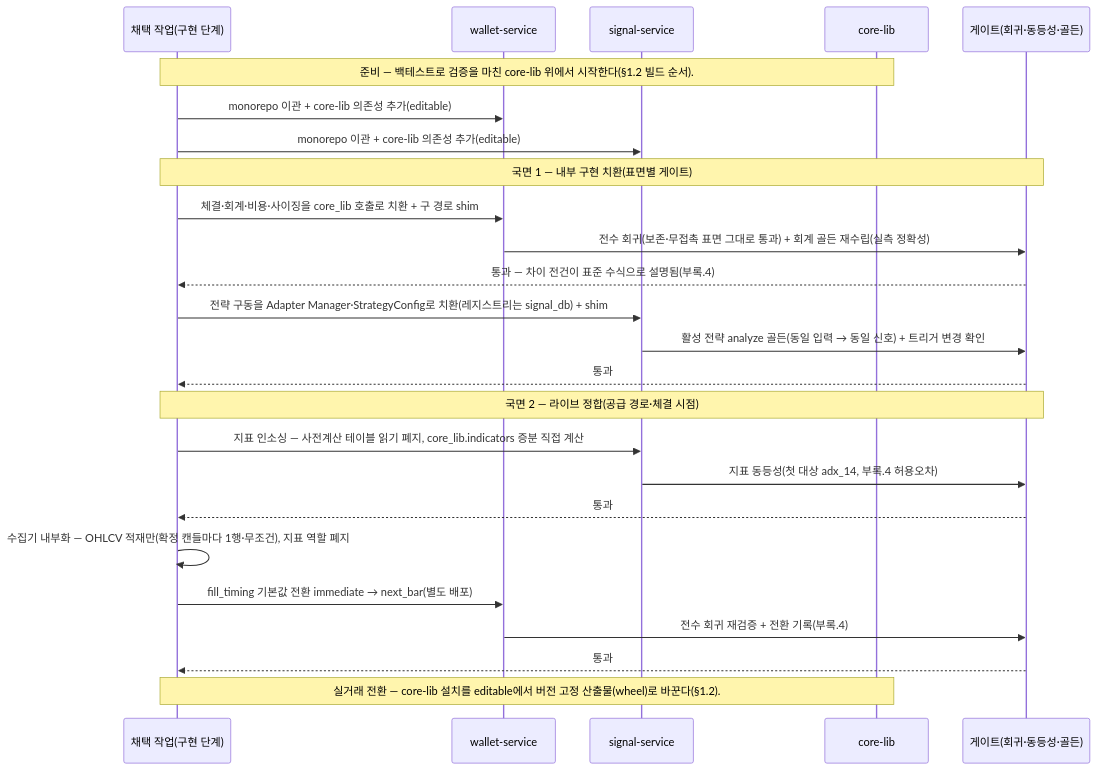
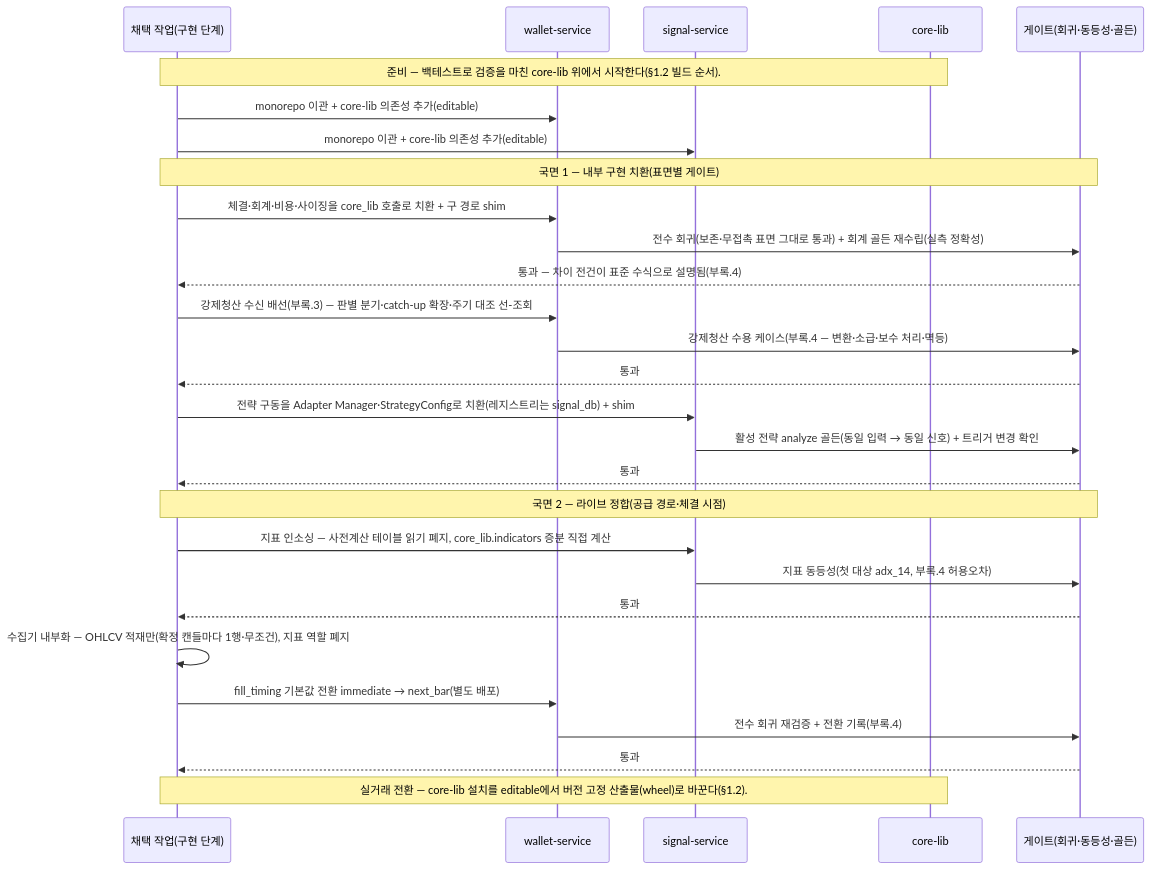
One commit to vessel35/trading-system-v2 changed diagram 26 of 28 in docs/fullspec/backtest_v2_detailed_design.md. Above: the diagram before and after it, drawn with Mermaid. The commit also changed other lines of this file, not shown here.

First line of the commit message:
docs(b-adoption): 감사 2·cto 리뷰 8 반영 — 회계 대사 기준 차이 0·대사 기록 실체·강제청산 수용 케이스 게이트(정본 df041b4 미러)

````diff
--- a/docs/fullspec/backtest_v2_detailed_design.md
+++ b/docs/fullspec/backtest_v2_detailed_design.md
@@ -3493,27 +3493,30 @@
 ```mermaid
 sequenceDiagram
     participant OPS as 채택 작업(구현 단계)
     participant WS as wallet-service
     participant SS as signal-service
     participant CL as core-lib
     participant G as 게이트(회귀·동등성·골든)
     Note over OPS,CL: 준비 — 백테스트로 검증을 마친 core-lib 위에서 시작한다(§1.2 빌드 순서).
     OPS->>WS: monorepo 이관 + core-lib 의존성 추가(editable)
     OPS->>SS: monorepo 이관 + core-lib 의존성 추가(editable)
     Note over OPS,G: 국면 1 — 내부 구현 치환(표면별 게이트)
     OPS->>WS: 체결·회계·비용·사이징을 core_lib 호출로 치환 + 구 경로 shim
     WS->>G: 전수 회귀(보존·무접촉 표면 그대로 통과) + 회계 골든 재수립(실측 정확성)
     G-->>OPS: 통과 — 차이 전건이 표준 수식으로 설명됨(부록.4)
+    OPS->>WS: 강제청산 수신 배선(부록.3) — 판별 분기·catch-up 확장·주기 대조 선-조회
+    WS->>G: 강제청산 수용 케이스(부록.4 — 변환·소급·보수 처리·멱등)
+    G-->>OPS: 통과
     OPS->>SS: 전략 구동을 Adapter Manager·StrategyConfig로 치환(레지스트리는 signal_db) + shim
     SS->>G: 활성 전략 analyze 골든(동일 입력 → 동일 신호) + 트리거 변경 확인
     G-->>OPS: 통과
     Note over OPS,G: 국면 2 — 라이브 정합(공급 경로·체결 시점)
     OPS->>SS: 지표 인소싱 — 사전계산 테이블 읽기 폐지, core_lib.indicators 증분 직접 계산
     SS->>G: 지표 동등성(첫 대상 adx_14, 부록.4 허용오차)
     G-->>OPS: 통과
     OPS->>OPS: 수집기 내부화 — OHLCV 적재만(확정 캔들마다 1행·무조건), 지표 역할 폐지
     OPS->>WS: fill_timing 기본값 전환 immediate → next_bar(별도 배포)
     WS->>G: 전수 회귀 재검증 + 전환 기록(부록.4)
     G-->>OPS: 통과
     Note over OPS,CL: 실거래 전환 — core-lib 설치를 editable에서 버전 고정 산출물(wheel)로 바꾼다(§1.2).
 ```
````
